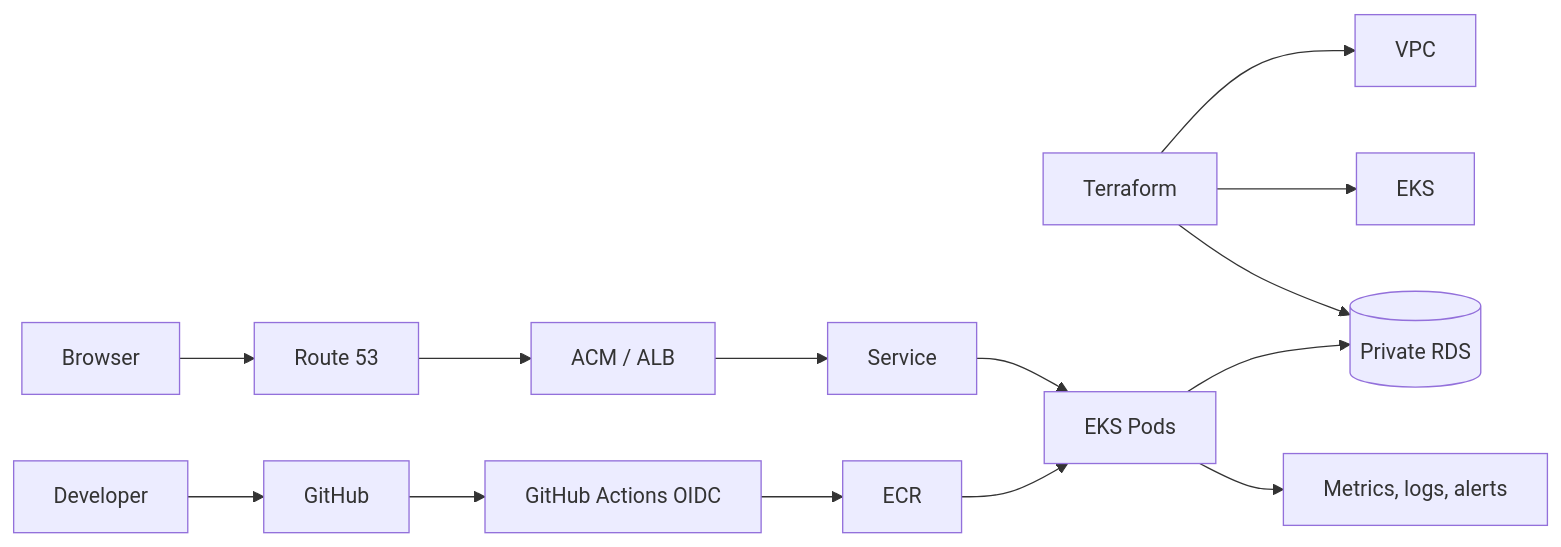
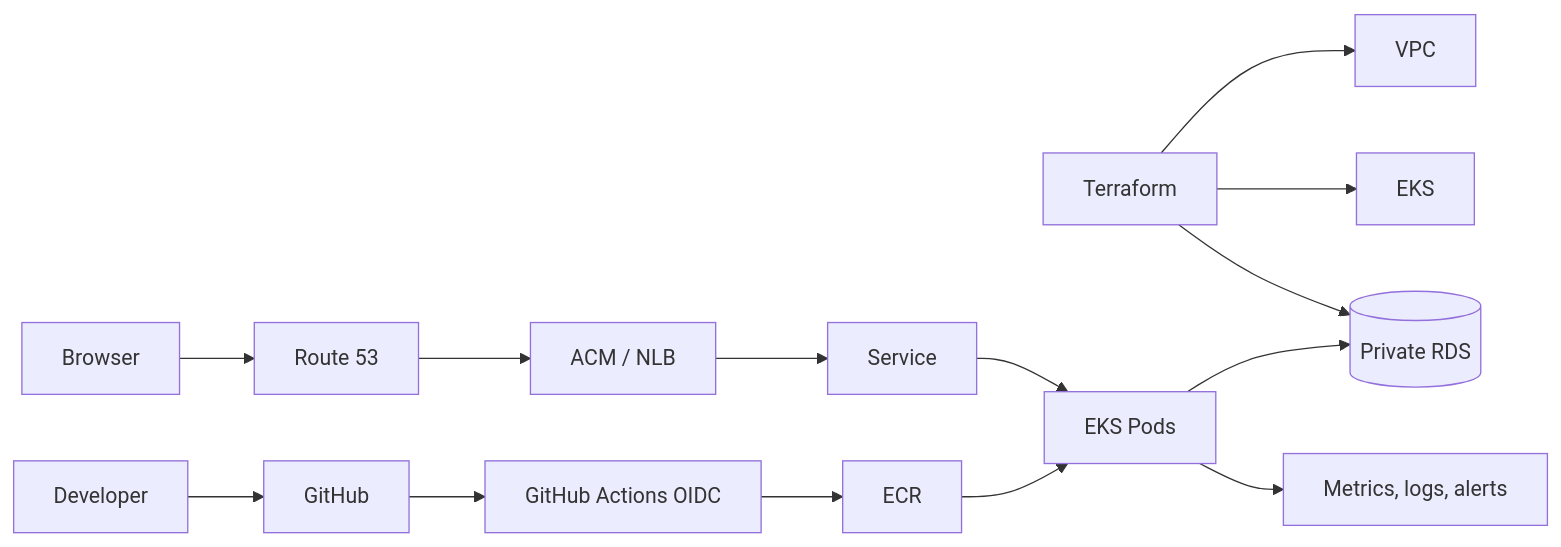
One commit to YuuneesIBH/aws-devops-zero-to-production changed the diagram in architecture/capstone.md. Above: the diagram before and after it, drawn with Mermaid. The commit also changed other lines of this file and 14 other files, not shown here.

````diff
--- a/architecture/capstone.md
+++ b/architecture/capstone.md
@@ -5,12 +5,12 @@
 ```mermaid
 flowchart LR
   Developer --> GitHub --> Actions[GitHub Actions OIDC]
   Actions --> ECR
   Terraform --> VPC
   Terraform --> EKS
   Terraform --> RDS[(Private RDS)]
-  Browser --> DNS[Route 53] --> TLS[ACM / ALB] --> Service --> Pods[EKS Pods]
+  Browser --> DNS[Route 53] --> TLS[ACM / NLB] --> Service --> Pods[EKS Pods]
   ECR --> Pods
   Pods --> RDS
   Pods --> Metrics[Metrics, logs, alerts]
 ```
````
